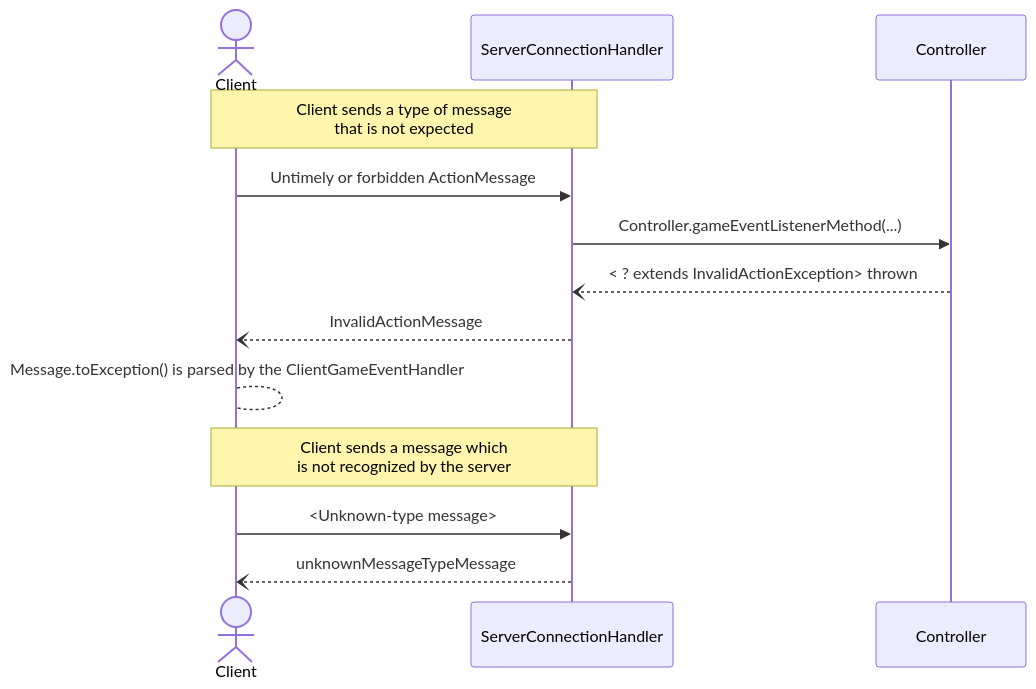
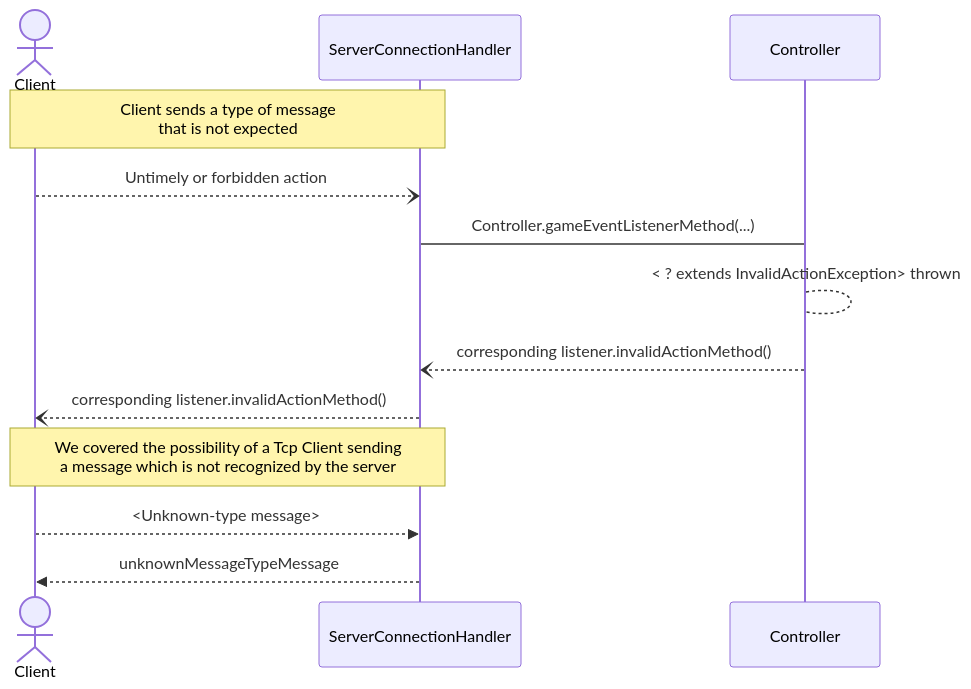
The third of 10 diagrams in documentation_wip/network_protocol.md (frephs/IS24-AM21), drawn with Mermaid before and after one commit. The commit also changed other lines of this file, not shown here.

Commit message:
fix: network docs up to game started

````diff
--- a/documentation_wip/network_protocol.md
+++ b/documentation_wip/network_protocol.md
@@ -81,17 +86,16 @@
 ```mermaid
 sequenceDiagram
     actor Client
 
     Note over Client,ServerConnectionHandler: Client sends a type of message <br> that is not expected 
-    Client ->> ServerConnectionHandler: Untimely or forbidden ActionMessage 
-ServerConnectionHandler ->> Controller : Controller.gameEventListenerMethod(...)
-    Controller --) ServerConnectionHandler : < ? extends InvalidActionException> thrown
-    ServerConnectionHandler --) Client : InvalidActionMessage
-    Client --> Client : Message.toException() is parsed by the ClientGameEventHandler
+    Client --) ServerConnectionHandler: Untimely or forbidden action 
+ServerConnectionHandler -> Controller : Controller.gameEventListenerMethod(...)
+    Controller --> Controller : < ? extends InvalidActionException> thrown
+     Controller --) ServerConnectionHandler  : corresponding listener.invalidActionMethod()
 
-
+    ServerConnectionHandler --) Client : corresponding listener.invalidActionMethod()
     
-    Note over Client,ServerConnectionHandler: Client sends a message which <br>is not recognized by the server
-    Client ->> ServerConnectionHandler: <Unknown-type message>
-    ServerConnectionHandler --)  Client : unknownMessageTypeMessage
+    Note over Client,ServerConnectionHandler: We covered the possibility of a Tcp Client sending <br>  a message which is not recognized by the server
+    Client -->> ServerConnectionHandler: <Unknown-type message>
+    ServerConnectionHandler -->>  Client : unknownMessageTypeMessage
 ```
````
